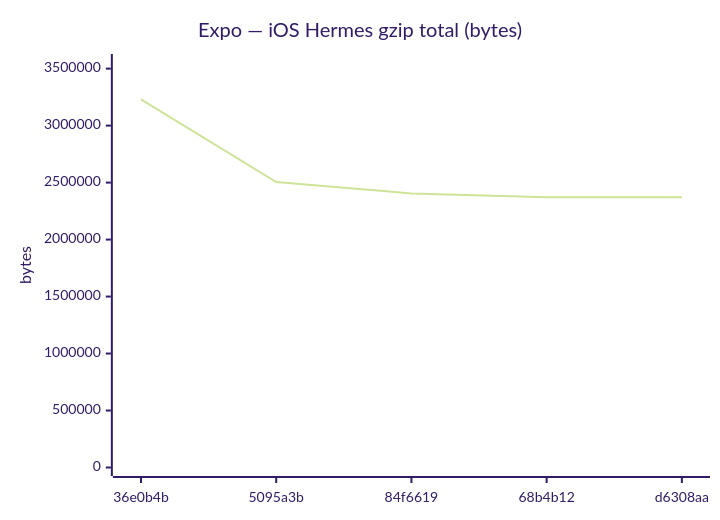
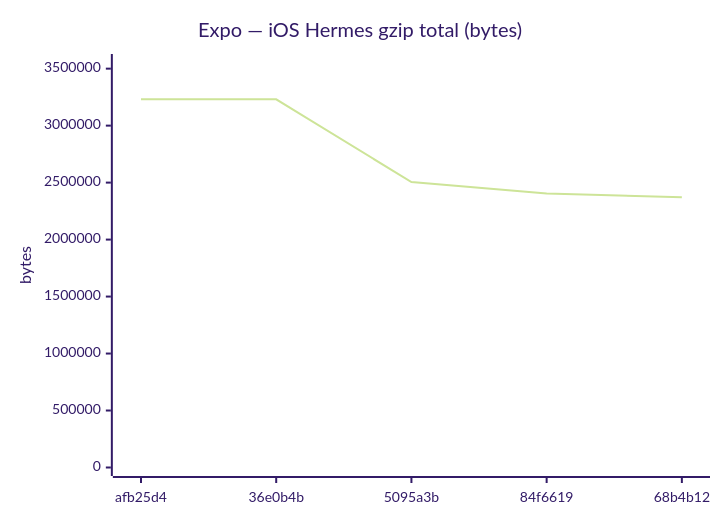
One commit to Metaheurist/Rianell changed diagram 12 of 18 in benchmarks/compare.md. Above: the diagram before and after it, drawn with Mermaid (forest theme). The commit also changed other lines of this file and 11 other files, not shown here.

````diff
--- a/benchmarks/compare.md
+++ b/benchmarks/compare.md
@@ -179,7 +179,7 @@
 ```mermaid
 xychart-beta
     title "Expo — iOS Hermes gzip total (bytes)"
-    x-axis ["36e0b4b", "5095a3b", "84f6619", "68b4b12", "d6308aa"]
-    y-axis "bytes" 0 --> 3553784
-    line [3230712, 2504401, 2405024, 2370491, 2370493]
+    x-axis ["afb25d4", "36e0b4b", "5095a3b", "84f6619", "68b4b12"]
+    y-axis "bytes" 0 --> 3553954
+    line [3230867, 3230712, 2504401, 2405024, 2370491]
 ```
````
